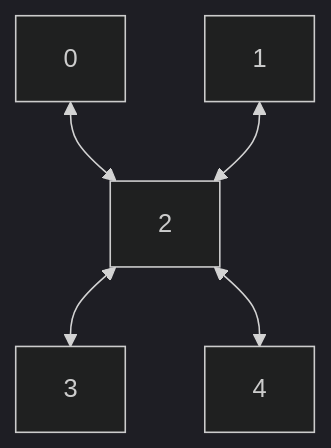
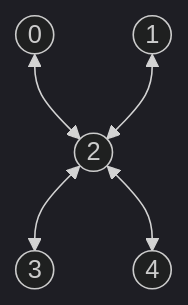
The diagram in qw5q_platinum/README.md (qiboteam/qibolab_platforms_qrc), drawn with Mermaid (dark theme) before and after one commit. The commit also changed other lines of this file and 3 other files, not shown here.

````diff
--- a/qw5q_platinum/README.md
+++ b/qw5q_platinum/README.md
@@ -13,7 +13,11 @@
 ```mermaid
+---
+config:
+layout: elk
+---
 graph TD;
-    0 <--> 2;
-    1 <--> 2;
-    2 <--> 3;
-    2 <--> 4;
+    0((0)) <--> 2((2));
+    1((1)) <--> 2((2));
+    2((2)) <--> 3((3));
+    2((2)) <--> 4((4));
 ```
````
